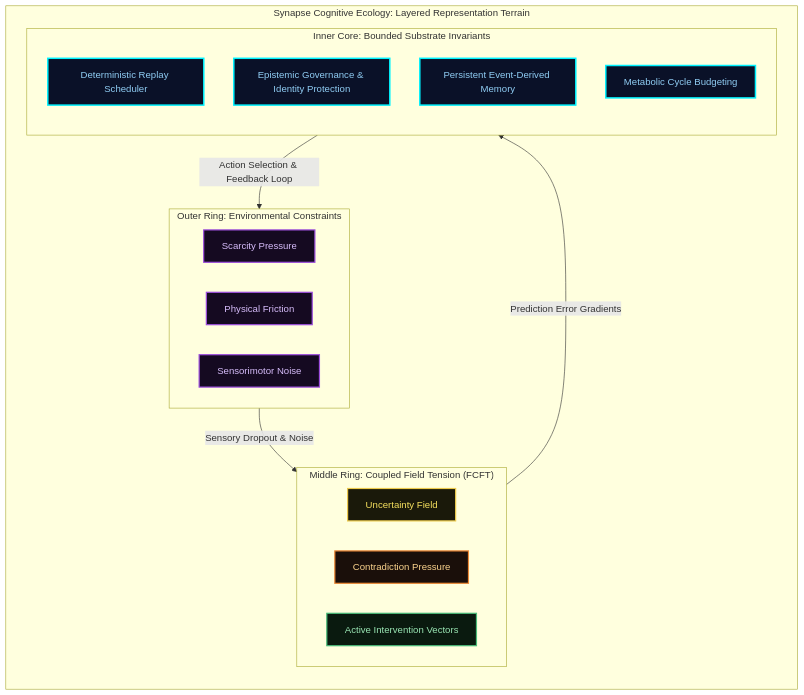
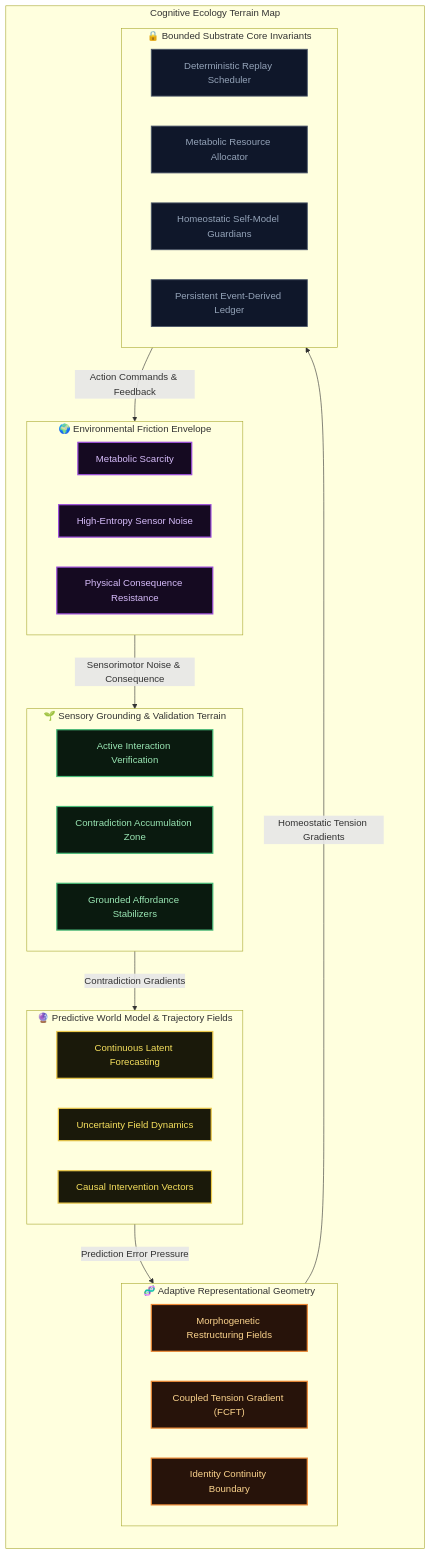
The third of 9 diagrams in docs/architecture.md (rk-roshan-kr/Earthos-public), drawn with Mermaid before and after one commit. The commit also changed other lines of this file, not shown here.

Commit message:
docs: expand architecture.md into research atlas specification with 7 cinematic diagrams

````diff
--- a/docs/architecture.md
+++ b/docs/architecture.md
@@ -127,37 +115,60 @@
 ```mermaid
-flowchart TB
+graph TD
     classDef env fill:#150a21,stroke:#9d4edd,stroke-width:2px,color:#d6bcfa;
     classDef ground fill:#0a1a0f,stroke:#48bb78,stroke-width:2px,color:#9ae6b4;
-    classDef forecast fill:#1a190a,stroke:#ecc94b,stroke-width:2px,color:#f6e05e;
-    classDef core fill:#0a1128,stroke:#00f2fe,stroke-width:2.5px,color:#90cdf4;
-    classDef pressure fill:#1a0f0a,stroke:#ed8936,stroke-width:2px,color:#fbd38d;
+    classDef model fill:#1a190a,stroke:#ecc94b,stroke-width:2px,color:#f6e05e;
+    classDef field fill:#0a1128,stroke:#00f2fe,stroke-width:2px,color:#90cdf4;
+    classDef core fill:#0f172a,stroke:#4a5568,stroke-width:1.5px,color:#94a3b8;
+    classDef frontier fill:#27130a,stroke:#ed8936,stroke-width:2px,color:#fbd38d;
 
-    subgraph ECOLOGICAL_TERRAIN ["Synapse Cognitive Ecology: Layered Representation Terrain"]
+    subgraph ECO_TERRAIN ["Cognitive Ecology Terrain Map"]
         direction TB
 
-        subgraph ENV_DYNAMICS ["Outer Ring: Environmental Constraints"]
-            E1["Scarcity Pressure"]:::env
-            E2["Physical Friction"]:::env
-            E3["Sensorimotor Noise"]:::env
+        %% Environmental envelope
+        subgraph ENV_PRESSURE ["🌍 Environmental Friction Envelope"]
+            direction LR
+            Scarcity["Metabolic Scarcity"]:::env
+            Noise["High-Entropy Sensor Noise"]:::env
+            Resistance["Physical Consequence Resistance"]:::env
         end
 
-        subgraph COGNITIVE_FIELDS ["Middle Ring: Coupled Field Tension (FCFT)"]
+        %% Grounding region
+        subgraph GROUNDING_ZONE ["🌱 Sensory Grounding & Validation Terrain"]
             direction LR
-            C1["Uncertainty Field"]:::forecast
-            C2["Contradiction Pressure"]:::pressure
-            C3["Active Intervention Vectors"]:::ground
+            Verification["Active Interaction Verification"]:::ground
+            Contradiction["Contradiction Accumulation Zone"]:::ground
+            Affordance["Grounded Affordance Stabilizers"]:::ground
         end
 
-        subgraph INVARIANT_CORE ["Inner Core: Bounded Substrate Invariants"]
-            direction TB
-            IC1["Deterministic Replay Scheduler"]:::core
-            IC2["Epistemic Governance & Identity Protection"]:::core
-            IC3["Persistent Event-Derived Memory"]:::core
-            IC4["Metabolic Cycle Budgeting"]:::core
+        %% Prediction loops
+        subgraph PREDICTIVE_FIELDS ["🔮 Predictive World Model & Trajectory Fields"]
+            direction LR
+            Forecasting["Continuous Latent Forecasting"]:::model
+            Uncertainty["Uncertainty Field Dynamics"]:::model
+            Intervention["Causal Intervention Vectors"]:::model
         end
-        
-        ENV_DYNAMICS -->|Sensory Dropout & Noise| COGNITIVE_FIELDS
-        COGNITIVE_FIELDS -->|Prediction Error Gradients| INVARIANT_CORE
-        INVARIANT_CORE -->|Action Selection & Feedback Loop| ENV_DYNAMICS
+
+        %% Representation frontier
+        subgraph REPR_FRONTIER ["🧬 Adaptive Representational Geometry"]
+            direction LR
+            Morph["Morphogenetic Restructuring Fields"]:::frontier
+            Tension["Coupled Tension Gradient (FCFT)"]:::frontier
+            Identity["Identity Continuity Boundary"]:::frontier
+        end
+
+        %% Persistent Core
+        subgraph CORE_INVARIANTS ["🔒 Bounded Substrate Core Invariants"]
+            direction LR
+            Scheduler["Deterministic Replay Scheduler"]:::core
+            Economics["Metabolic Resource Allocator"]:::core
+            Epistemic["Homeostatic Self-Model Guardians"]:::core
+            Ledger["Persistent Event-Derived Ledger"]:::core
+        end
+
+        ENV_PRESSURE -->|Sensorimotor Noise & Consequence| GROUNDING_ZONE
+        GROUNDING_ZONE -->|Contradiction Gradients| PREDICTIVE_FIELDS
+        PREDICTIVE_FIELDS -->|Prediction Error Pressure| REPR_FRONTIER
+        REPR_FRONTIER -->|Homeostatic Tension Gradients| CORE_INVARIANTS
+        CORE_INVARIANTS -->|Action Commands & Feedback| ENV_PRESSURE
     end
 ```
````
